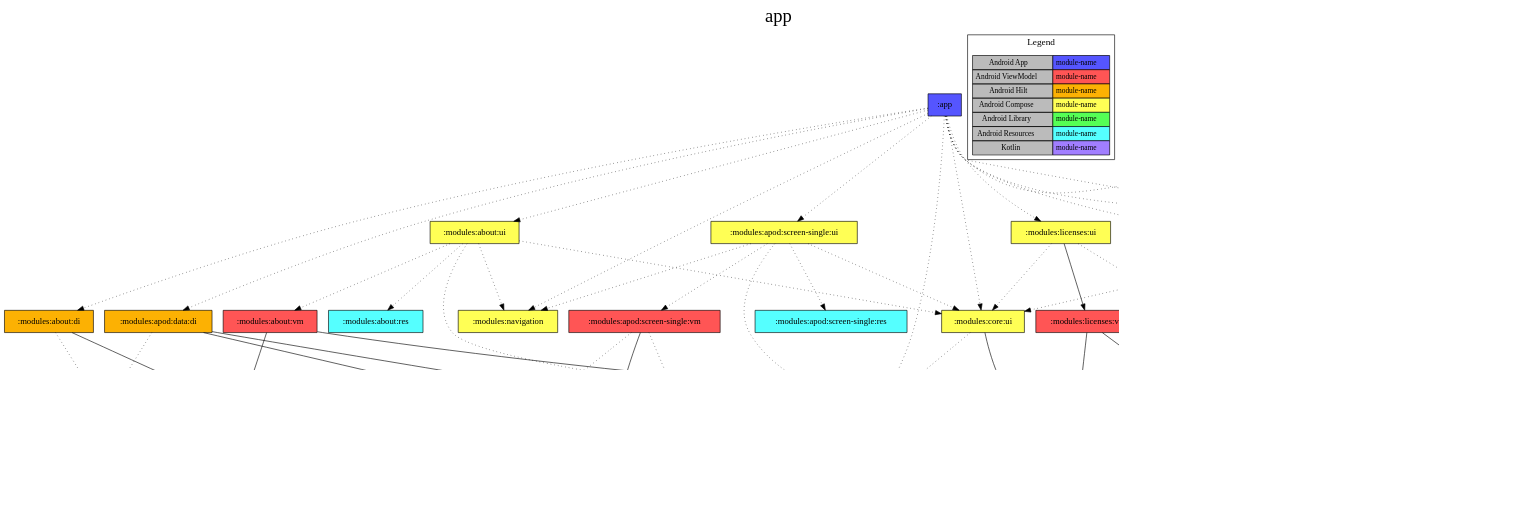
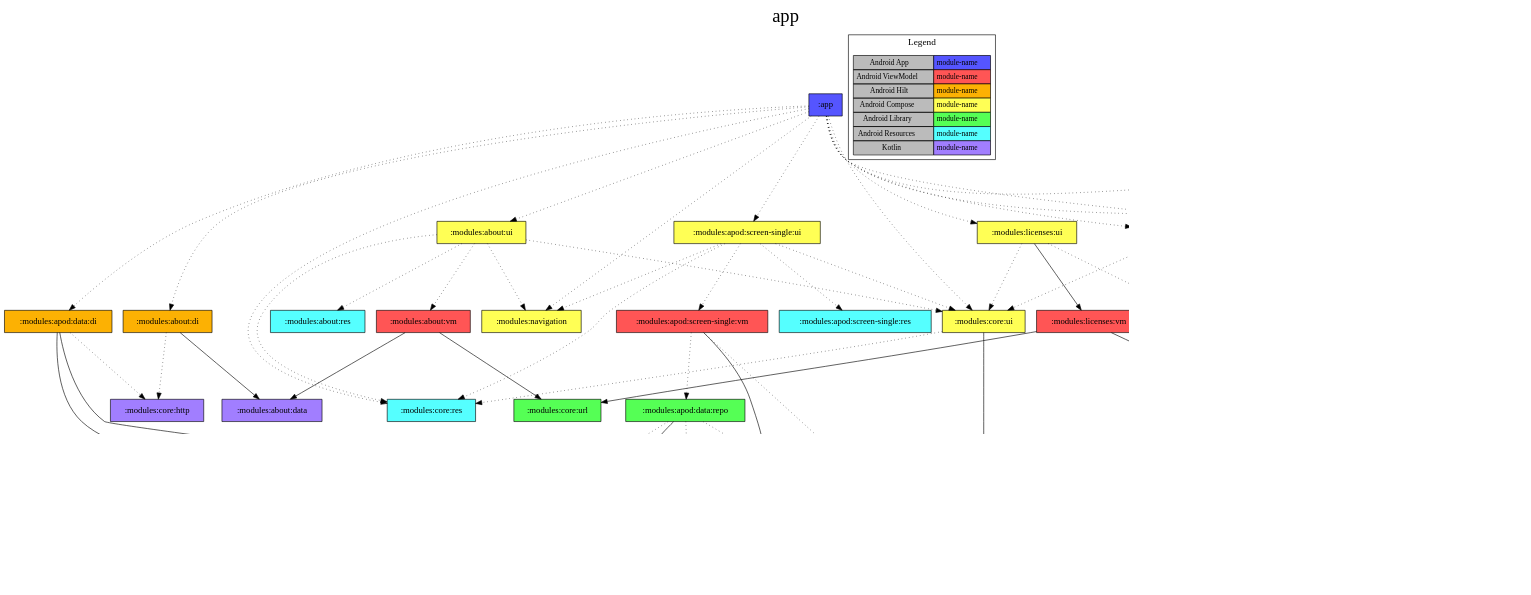
One commit to jonapoul/nasa-android changed the diagram in app/project-dependency-graph.dot. Above: the diagram before and after it, drawn with Graphviz. The commit also changed 39 other files, not shown here.

```diff
--- a/app/project-dependency-graph.dot
+++ b/app/project-dependency-graph.dot
@@ -1,102 +1,107 @@
 digraph {
 edge ["dir"="forward"]
 graph ["dpi"="100","label"="app","labelloc"="t","fontsize"="30","ranksep"="1.5"]
 node ["style"="filled"]
 ":app" ["shape"="box","fillcolor"="#5555FF"]
 ":modules:about:di" ["fillcolor"="#FCB103","shape"="box"]
 ":modules:about:data" ["fillcolor"="#A17EFF","shape"="box"]
 ":modules:core:http" ["fillcolor"="#A17EFF","shape"="box"]
 ":modules:about:ui" ["fillcolor"="#FFFF55","shape"="box"]
 ":modules:about:res" ["fillcolor"="#55FFFF","shape"="box"]
 ":modules:about:vm" ["fillcolor"="#FF5555","shape"="box"]
 ":modules:core:url" ["fillcolor"="#55FF55","shape"="box"]
 ":modules:core:res" ["fillcolor"="#55FFFF","shape"="box"]
 ":modules:core:ui" ["fillcolor"="#FFFF55","shape"="box"]
 ":modules:core:model" ["fillcolor"="#A17EFF","shape"="box"]
 ":modules:navigation" ["fillcolor"="#FFFF55","shape"="box"]
 ":modules:apod:data:di" ["fillcolor"="#FCB103","shape"="box"]
 ":modules:apod:data:api" ["fillcolor"="#A17EFF","shape"="box"]
 ":modules:apod:data:model" ["fillcolor"="#A17EFF","shape"="box"]
 ":modules:apod:data:db" ["fillcolor"="#55FF55","shape"="box"]
 ":modules:apod:screen-single:ui" ["fillcolor"="#FFFF55","shape"="box"]
 ":modules:apod:screen-single:res" ["fillcolor"="#55FFFF","shape"="box"]
 ":modules:apod:screen-single:vm" ["fillcolor"="#FF5555","shape"="box"]
+":modules:apod:data:repo" ["fillcolor"="#55FF55","shape"="box"]
 ":modules:core:theme" ["fillcolor"="#55FF55","shape"="box"]
 ":modules:settings:keys" ["fillcolor"="#55FF55","shape"="box"]
 ":modules:licenses:di" ["fillcolor"="#FCB103","shape"="box"]
 ":modules:licenses:data" ["fillcolor"="#A17EFF","shape"="box"]
 ":modules:licenses:ui" ["fillcolor"="#FFFF55","shape"="box"]
 ":modules:licenses:vm" ["fillcolor"="#FF5555","shape"="box"]
 ":modules:licenses:res" ["fillcolor"="#55FFFF","shape"="box"]
 ":modules:settings:ui" ["fillcolor"="#FFFF55","shape"="box"]
 ":modules:settings:res" ["fillcolor"="#55FFFF","shape"="box"]
 {
 edge ["dir"="none"]
 graph ["rank"="same"]
 ":app"
 }
 subgraph "cluster_legend" {
 edge ["dir"="none"]
 graph ["label"="Legend","fontsize"="15"]
 "Legend" ["style"="filled","fillcolor"="#bbbbbb","shape"="none","margin"="0","fontsize"="12","label"=<
 <TABLE BORDER="0" CELLBORDER="1" CELLSPACING="0" CELLPADDING="4">
 <TR><TD>Android App</TD><TD BGCOLOR="#5555FF">module-name</TD></TR>
 <TR><TD>Android ViewModel</TD><TD BGCOLOR="#FF5555">module-name</TD></TR>
 <TR><TD>Android Hilt</TD><TD BGCOLOR="#FCB103">module-name</TD></TR>
 <TR><TD>Android Compose</TD><TD BGCOLOR="#FFFF55">module-name</TD></TR>
 <TR><TD>Android Library</TD><TD BGCOLOR="#55FF55">module-name</TD></TR>
 <TR><TD>Android Resources</TD><TD BGCOLOR="#55FFFF">module-name</TD></TR>
 <TR><TD>Kotlin</TD><TD BGCOLOR="#A17EFF">module-name</TD></TR>
 </TABLE>
 >]
 }
 ":app" -> ":modules:about:di" ["style"="dotted"]
 ":app" -> ":modules:about:ui" ["style"="dotted"]
 ":app" -> ":modules:apod:data:di" ["style"="dotted"]
 ":app" -> ":modules:apod:screen-single:ui" ["style"="dotted"]
 ":app" -> ":modules:core:model" ["style"="dotted"]
 ":app" -> ":modules:core:res" ["style"="dotted"]
 ":app" -> ":modules:core:theme" ["style"="dotted"]
 ":app" -> ":modules:core:ui" ["style"="dotted"]
 ":app" -> ":modules:licenses:di" ["style"="dotted"]
 ":app" -> ":modules:licenses:ui" ["style"="dotted"]
 ":app" -> ":modules:navigation" ["style"="dotted"]
 ":app" -> ":modules:settings:ui" ["style"="dotted"]
 ":modules:about:di" -> ":modules:about:data"
 ":modules:about:di" -> ":modules:core:http" ["style"="dotted"]
 ":modules:about:ui" -> ":modules:about:res" ["style"="dotted"]
 ":modules:about:ui" -> ":modules:about:vm" ["style"="dotted"]
 ":modules:about:ui" -> ":modules:core:res" ["style"="dotted"]
 ":modules:about:ui" -> ":modules:core:ui" ["style"="dotted"]
 ":modules:about:ui" -> ":modules:navigation" ["style"="dotted"]
 ":modules:about:vm" -> ":modules:about:data"
 ":modules:about:vm" -> ":modules:core:url"
 ":modules:core:ui" -> ":modules:core:model"
 ":modules:core:ui" -> ":modules:core:res" ["style"="dotted"]
 ":modules:apod:data:di" -> ":modules:apod:data:api"
 ":modules:apod:data:di" -> ":modules:apod:data:db"
 ":modules:apod:data:di" -> ":modules:core:http" ["style"="dotted"]
 ":modules:apod:data:api" -> ":modules:apod:data:model"
 ":modules:apod:data:api" -> ":modules:core:model" ["style"="dotted"]
 ":modules:apod:data:db" -> ":modules:apod:data:model"
 ":modules:apod:screen-single:ui" -> ":modules:apod:screen-single:res" ["style"="dotted"]
 ":modules:apod:screen-single:ui" -> ":modules:apod:screen-single:vm" ["style"="dotted"]
 ":modules:apod:screen-single:ui" -> ":modules:core:res" ["style"="dotted"]
 ":modules:apod:screen-single:ui" -> ":modules:core:ui" ["style"="dotted"]
 ":modules:apod:screen-single:ui" -> ":modules:navigation" ["style"="dotted"]
 ":modules:apod:screen-single:vm" -> ":modules:apod:data:model"
-":modules:apod:screen-single:vm" -> ":modules:apod:data:api" ["style"="dotted"]
-":modules:apod:screen-single:vm" -> ":modules:apod:data:db" ["style"="dotted"]
+":modules:apod:screen-single:vm" -> ":modules:apod:data:repo" ["style"="dotted"]
+":modules:apod:screen-single:vm" -> ":modules:core:model" ["style"="dotted"]
+":modules:apod:data:repo" -> ":modules:apod:data:model"
+":modules:apod:data:repo" -> ":modules:apod:data:api" ["style"="dotted"]
+":modules:apod:data:repo" -> ":modules:apod:data:db" ["style"="dotted"]
+":modules:apod:data:repo" -> ":modules:core:model" ["style"="dotted"]
 ":modules:core:theme" -> ":modules:core:model"
 ":modules:core:theme" -> ":modules:settings:keys" ["style"="dotted"]
 ":modules:settings:keys" -> ":modules:core:model"
 ":modules:licenses:di" -> ":modules:licenses:data"
 ":modules:licenses:ui" -> ":modules:licenses:vm"
 ":modules:licenses:ui" -> ":modules:licenses:res" ["style"="dotted"]
 ":modules:licenses:ui" -> ":modules:core:ui" ["style"="dotted"]
 ":modules:licenses:vm" -> ":modules:core:url"
 ":modules:licenses:vm" -> ":modules:licenses:data"
 ":modules:settings:ui" -> ":modules:core:ui" ["style"="dotted"]
 ":modules:settings:ui" -> ":modules:settings:keys" ["style"="dotted"]
 ":modules:settings:ui" -> ":modules:settings:res" ["style"="dotted"]
 }
```
